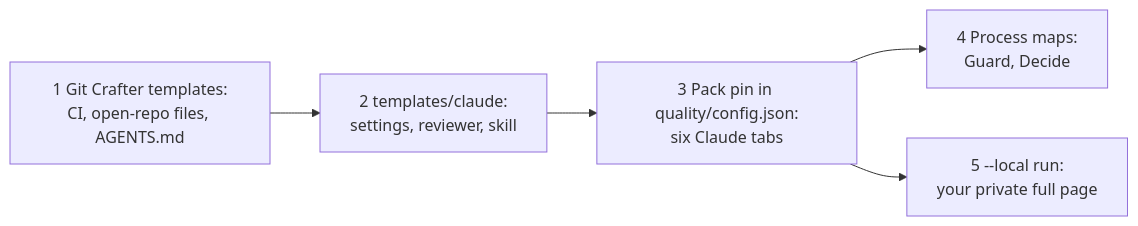
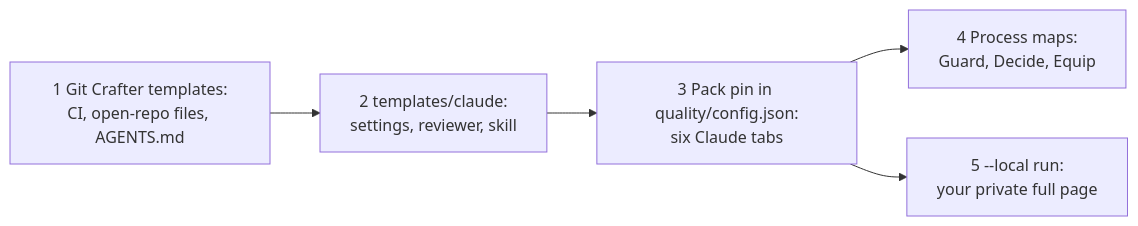
One commit to Colorado-Startups/claudius changed the first of 2 diagrams in README.md. Above: the diagram before and after it, drawn with Mermaid. The commit also changed other lines of this file and 8 other files, not shown here.

First line of the commit message:
Process maps: Equip map (source, swap, scope, connect, use, prune); Guard map on Auto mode and deny rules (#56)

````diff
--- a/README.md
+++ b/README.md
@@ -11,7 +11,7 @@
 ```mermaid
 flowchart LR
   GC[1 Git Crafter templates:<br/>CI, open-repo files, AGENTS.md] --> T[2 templates/claude:<br/>settings, reviewer, skill]
   T --> P[3 Pack pin in quality/config.json:<br/>six Claude tabs]
-  P --> M[4 Process maps:<br/>Guard, Decide]
+  P --> M[4 Process maps:<br/>Guard, Decide, Equip]
   P --> L[5 --local run:<br/>your private full page]
 ```
````
